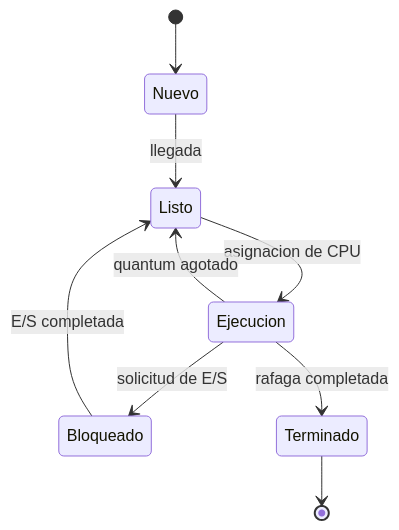
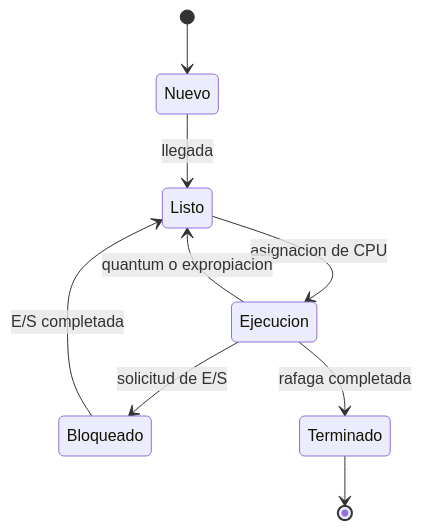
The diagram in docs/state-diagram.md (Edinson99/Planificador-de-Procesos-de-CPU), drawn with Mermaid before and after one commit. The commit also changed other lines of this file and 20 other files, not shown here.

````diff
--- a/docs/state-diagram.md
+++ b/docs/state-diagram.md
@@ -3,11 +3,11 @@
 ```mermaid
 stateDiagram-v2
     [*] --> Nuevo
     Nuevo --> Listo: llegada
     Listo --> Ejecucion: asignacion de CPU
-    Ejecucion --> Listo: quantum agotado
+    Ejecucion --> Listo: quantum o expropiacion
     Ejecucion --> Bloqueado: solicitud de E/S
     Bloqueado --> Listo: E/S completada
     Ejecucion --> Terminado: rafaga completada
     Terminado --> [*]
 ```
````
